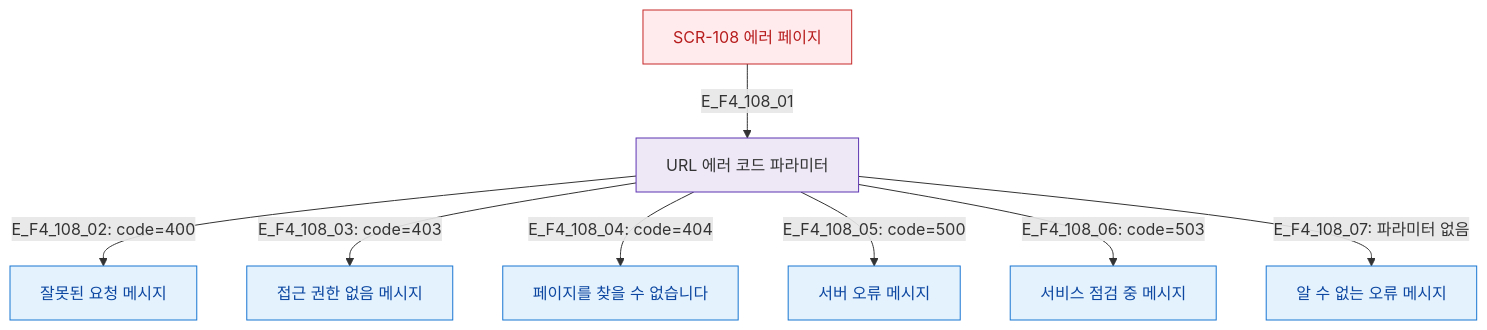
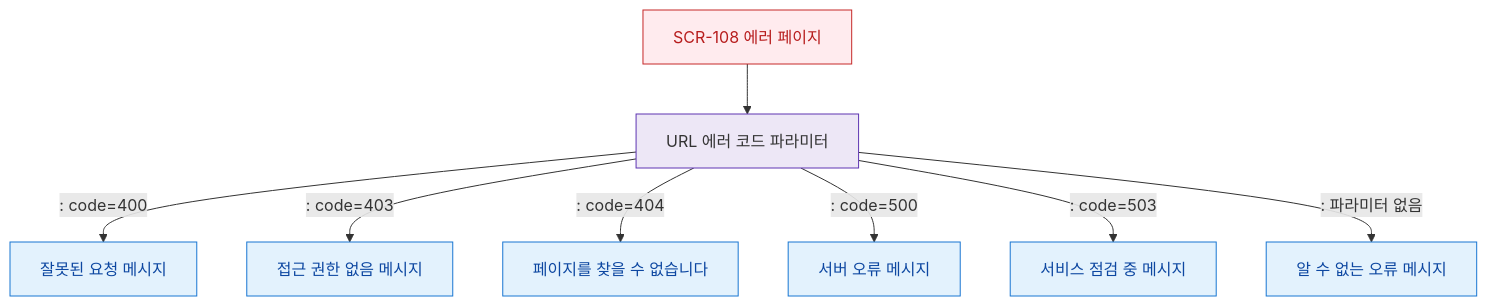
One commit to dev-spogym/admin-pando changed the diagram in docs/다이어그램/D01_공통/SCR-108_에러페이지/F4_필터검색.md. Above: the diagram before and after it, drawn with Mermaid. The commit also changed other lines of this file and 1660 other files, not shown here.

First line of the commit message:
다이어그램: 기획자/클라이언트 납품본으로 정리

````diff
--- a/docs/다이어그램/D01_공통/SCR-108_에러페이지/F4_필터검색.md
+++ b/docs/다이어그램/D01_공통/SCR-108_에러페이지/F4_필터검색.md
@@ -19,18 +17,18 @@
 ```mermaid
 flowchart TD
-    SCR_108[SCR-108 에러 페이지] -->|E_F4_108_01| CODE_PARAM[URL 에러 코드 파라미터]
+    SCR_108[SCR-108 에러 페이지] --> CODE_PARAM[URL 에러 코드 파라미터]
 
-    CODE_PARAM -->|"E_F4_108_02: code=400"| MSG_400[잘못된 요청 메시지]
-    CODE_PARAM -->|"E_F4_108_03: code=403"| MSG_403[접근 권한 없음 메시지]
-    CODE_PARAM -->|"E_F4_108_04: code=404"| MSG_404[페이지를 찾을 수 없습니다]
-    CODE_PARAM -->|"E_F4_108_05: code=500"| MSG_500[서버 오류 메시지]
-    CODE_PARAM -->|"E_F4_108_06: code=503"| MSG_503[서비스 점검 중 메시지]
-    CODE_PARAM -->|"E_F4_108_07: 파라미터 없음"| MSG_DEFAULT[알 수 없는 오류 메시지]
+    CODE_PARAM -->|": code=400"|MSG_400[잘못된 요청 메시지]
+    CODE_PARAM -->|": code=403"|MSG_403[접근 권한 없음 메시지]
+    CODE_PARAM -->|": code=404"|MSG_404[페이지를 찾을 수 없습니다]
+    CODE_PARAM -->|": code=500"|MSG_500[서버 오류 메시지]
+    CODE_PARAM -->|": code=503"|MSG_503[서비스 점검 중 메시지]
+    CODE_PARAM -->|": 파라미터 없음"|MSG_DEFAULT[알 수 없는 오류 메시지]
 
-    classDef screen  fill:#E3F2FD,stroke:#1976D2,color:#0D47A1
-    classDef error   fill:#FFEBEE,stroke:#C62828,color:#B71C1C
-    classDef system  fill:#EDE7F6,stroke:#5E35B2
+    classDef screen fill:#E3F2FD,stroke:#1976D2,color:#0D47A1
+    classDef error fill:#FFEBEE,stroke:#C62828,color:#B71C1C
+    classDef system fill:#EDE7F6,stroke:#5E35B2
     class SCR_108 error
     class CODE_PARAM system
     class MSG_400,MSG_403,MSG_404,MSG_500,MSG_503,MSG_DEFAULT screen
 ```
````
